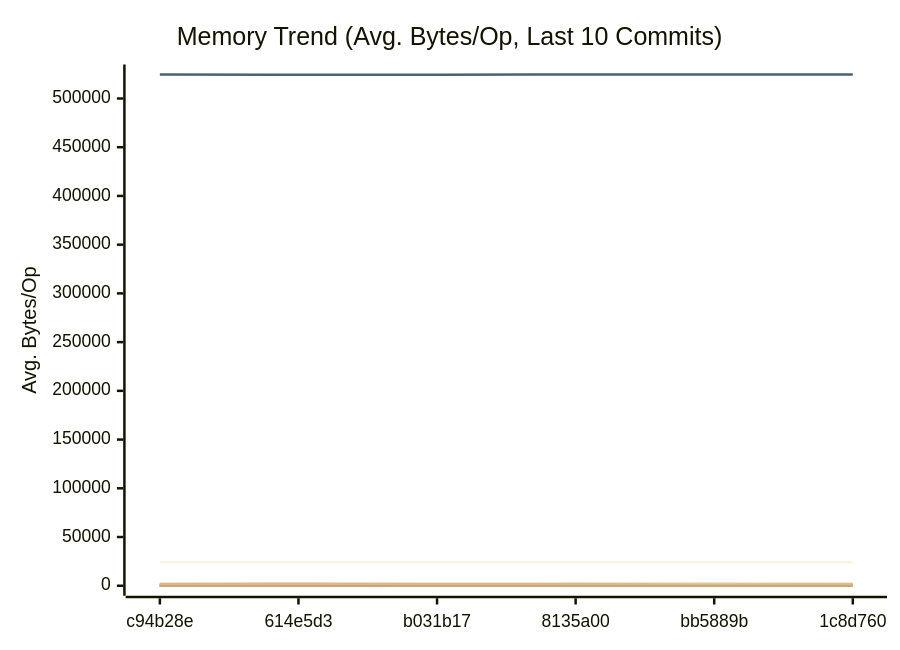
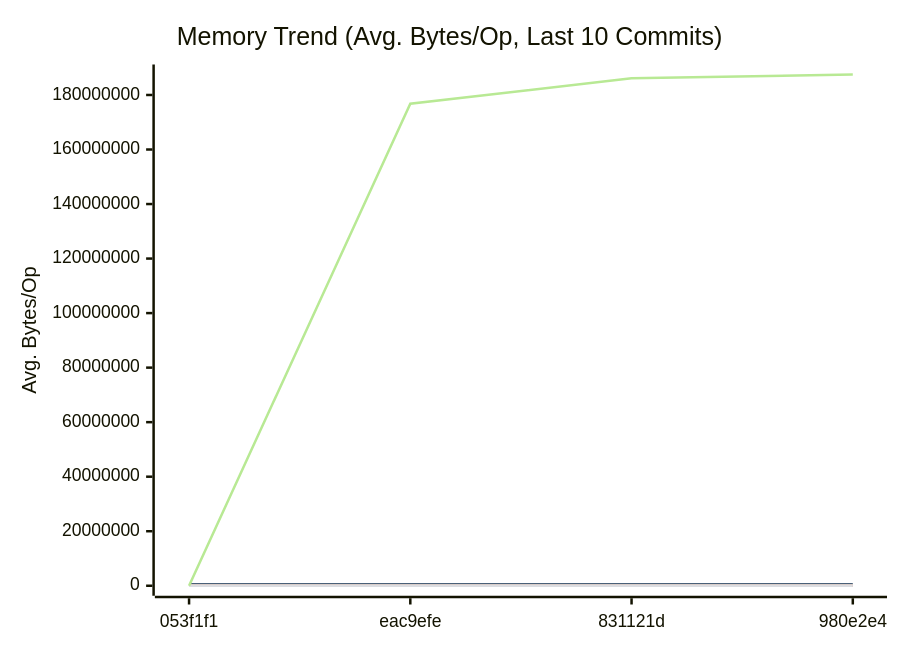
One commit to alsotoes/momo changed the second of 3 diagrams in docs/REFERENCE/PERFORMANCE.md. Above: the diagram before and after it, drawn with Mermaid. The commit also changed other lines of this file and 1 other file, not shown here.

Commit message:
test(s3): print checksum diagnostics when the compatibility check fails (#1354)

````diff
--- a/docs/REFERENCE/PERFORMANCE.md
+++ b/docs/REFERENCE/PERFORMANCE.md
@@ -362,53 +403,62 @@
 ```mermaid
 xychart-beta
     title "Memory Trend (Avg. Bytes/Op, Last 10 Commits)"
     x-axis "Commit"
     y-axis "Avg. Bytes/Op"
-    x-axis [c94b28e,614e5d3,b031b17,8135a00,bb5889b,1c8d760]
+    x-axis [053f1f1,eac9efe,831121d,980e2e4]
     line "AdaptivePutBlob64KiB" [0,0,0,0,0,0,0,0,0,0]
-    line "AWSChunkedReaderSigned" [98,80,70,106,85,62,72,80,121,164]
-    line "AWSChunkedReaderUnsigned" [75,91,78,84,68,66,70,68,164,167]
+    line "AWSChunkedReaderSigned" [135,133,150,155,160,142,104,135,137,148]
+    line "AWSChunkedReaderUnsigned" [144,147,135,162,150,152,107,150,151,143]
     line "CheckMetricsAndSwap" [0,0,0,0,0,0,0,0,0,0]
     line "CrushOptimized" [0,0,0,0,0,0,0,0,0,0]
     line "CrushOriginal" [164,164,164,164,164,164,164,164,164,164]
     line "EtagMatches" [0,0,0,0,0,0,0,0,0,0]
-    line "EtagMatchesSplit" [0,0,0,0,0,0,0,0,80,80]
-    line "FormatListObjectsV2XML_AppendFormat" [524558,524474,524487,524493,524491,524618,524521,524495,524440,524428]
+    line "EtagMatchesSplit" [80,80,80,80,80,80,80,80,80,80]
+    line "FormatListObjectsV2XML_AppendFormat" [524439,524437,524438,524432,524436,524435,524459,524439,524436,524435]
     line "FormatListObjectsV2XML_OldFormat" [24000,24000,24000,24000,24000,24000,24000,24000,24000,24000]
-    line "HashBytes/1MiB" [195,139,187,213,178,135,158,173,283,349]
-    line "HashBytes/256MiB" [191,150,250,237,208,140,144,168,326,369]
-    line "HashBytes/64MiB" [132,159,198,175,180,134,130,144,332,335]
-    line "HashFile/1MiB" [187,160,251,167,203,132,131,173,285,353]
-    line "HashFile/256MiB" [177,172,188,165,187,118,148,172,268,363]
-    line "HashFile/64MiB" [169,207,193,175,165,106,147,200,280,307]
+    line "HashBytes/1MiB" [298,240,221,363,321,298,345,278,350,270]
+    line "HashBytes/256MiB" [344,262,277,280,351,307,252,332,258,304]
+    line "HashBytes/64MiB" [346,235,309,322,315,298,246,340,330,310]
+    line "HashFile/1MiB" [269,213,266,304,294,288,279,298,239,316]
+    line "HashFile/256MiB" [269,339,261,285,328,285,228,267,246,258]
+    line "HashFile/64MiB" [277,252,272,252,324,262,276,273,301,272]
     line "IndexDirectTracking" [0,0,0,0,0,0,0,0,0,0]
     line "IndexSearch" [0,0,0,0,0,0,0,0,0,0]
     line "LastModifiedHeader_AppendFormat" [0,0,0,0,0,0,0,0,0,0]
     line "LastModifiedHeader_Format" [32,32,32,32,32,32,32,32,32,32]
     line "ListPartsTime_AppendFormat" [0,0,0,0,0,0,0,0,0,0]
-    line "ListPartsTime_Format" [0,0,0,0,0,0,0,0,24,24]
+    line "ListPartsTime_Format" [24,24,24,24,24,24,24,24,24,24]
     line "LoadGlobalConfig" [1976,1976,1976,1976,1976,1976,1976,1976,1976,1976]
-    line "LocalWrite/1MiB" [1339,1557,1077,1130,940,952,1105,1110,1037,3019]
-    line "LocalWrite/256MiB" [1532,1495,1600,1673,1446,1129,1329,1440,2294,2216]
-    line "LocalWrite/64MiB" [1597,1782,1648,1456,1098,1310,1406,1520,2211,2395]
+    line "LocalWrite/1MiB" [2387,1992,2283,2561,2155,2305,1608,2285,2677,2364]
+    line "LocalWrite/256MiB" [2543,2230,2488,2363,2309,2469,2156,2378,2500,2535]
+    line "LocalWrite/64MiB" [2614,2422,2575,1905,2611,2732,2078,2495,2725,2681]
     line "PadString" [64,64,64,64,64,64,64,64,64,64]
+    line "ParseACLResource_IndexByte" [0,0,0,0,0,0,0,0,0,0]
+    line "ParseACLResource_Split" [0,0,0,0,0,0,0,0,0,0]
     line "ParseAWSChunkHeader" [0,0,0,0,0,0,0,0,0,0]
+    line "ParseChecksum" [0,0,0,0,0,0,0,0,0,0]
+    line "ParseChecksumDynamicBaseline" [0,96,96,96,96,96,96,96,96,96]
     line "ParseReplicationOrder_NoPrealloc" [408,408,408,408,408,248,248,248,248,248]
     line "ParseReplicationOrder_Prealloc" [240,240,240,240,240,80,80,80,80,80]
     line "PheromoneSelectReplica" [0,0,0,0,0,0,0,0,0,0]
+    line "PickShedTarget" [0,176,176,176,176,176,176,176,176,176]
     line "Placement" [352,352,352,352,352,352,352,352,352,352]
     line "PlacementDomainSpread" [352,352,352,352,352,352,352,352,352,352]
-    line "ReadVerify/1MiB" [185,136,220,179,124,139,134,186,315,233]
-    line "ReadVerify/256MiB" [177,204,219,127,151,122,142,158,259,344]
-    line "ReadVerify/64MiB" [175,148,315,131,129,123,132,174,304,251]
-    line "S3PutSpool/1MiB" [134,125,122,170,161,112,121,154,208,229]
-    line "S3PutSpool/256MiB" [149,123,148,219,144,114,124,148,235,278]
-    line "S3PutSpool/64MiB" [156,168,183,168,155,116,118,137,169,165]
+    line "ReadVerify/1MiB" [338,301,243,306,221,284,185,275,317,333]
+    line "ReadVerify/256MiB" [329,250,277,285,261,261,227,241,304,311]
+    line "ReadVerify/64MiB" [330,257,226,299,236,300,126,273,268,230]
+    line "RebalanceCycle/blobs=100" [0,0,0,0,0,0,0,0,0,0]
+    line "RebalanceCycle/blobs=1000" [0,0,0,0,0,0,0,0,0,0]
+    line "S3PutSpool/1MiB" [223,270,265,305,224,290,224,277,231,252]
+    line "S3PutSpool/256MiB" [213,226,252,268,197,283,187,253,262,238]
+    line "S3PutSpool/64MiB" [248,245,200,262,239,260,197,295,235,243]
     line "SanitizeLog/Safe" [0,0,0,0,0,0,0,0,0,0]
     line "SanitizeLog/Unsafe" [704,704,704,704,704,704,704,704,704,704]
-    line "TrustedRead/1MiB" [186,217,246,135,143,109,127,142,228,337]
-    line "TrustedRead/256MiB" [160,128,226,212,181,127,129,167,293,307]
-    line "TrustedRead/64MiB" [144,220,225,161,144,118,124,169,215,297]
+    line "TrustedRead/1MiB" [230,208,228,288,260,307,196,283,307,268]
+    line "TrustedRead/256MiB" [202,271,257,267,241,251,183,267,233,297]
+    line "TrustedRead/64MiB" [254,241,250,298,263,254,221,278,259,264]
     line "VolumeGetBlob64KiB" [0,0,0,0,0,0,0,0,0,0]
     line "VolumePutBlob64KiB" [0,0,0,0,0,0,0,0,0,0]
+    line "WriteThrottled/throttled-10Gbps" [0,1419,1419,1419,1419,1419,1419,1419,1419,1419]
+    line "WriteThrottled/unlimited" [0,176770000,186164000,187511000,194997000,199889000,132168000,182220000,205010000,199756000]
 ```
````
